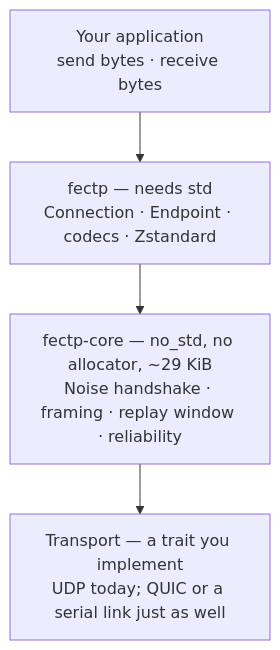
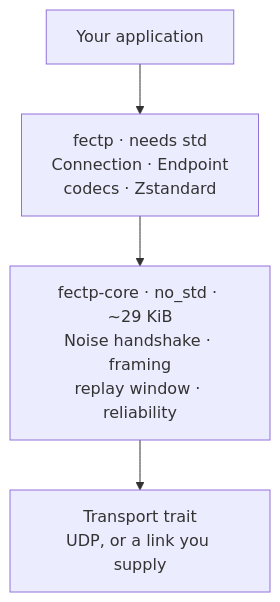
The second of 5 diagrams in README.md (YounghyeonPark/fectp), drawn with Mermaid before and after one commit. The commit also changed other lines of this file, not shown here.

First line of the commit message:
README: narrow the diagrams so they fit GitHub's column

````diff
--- a/README.md
+++ b/README.md
@@ -79,8 +77,8 @@
 ```mermaid
 flowchart TB
-    A["Your application<br/>send bytes · receive bytes"]
-    B["fectp — needs std<br/>Connection · Endpoint · codecs · Zstandard"]
-    C["fectp-core — no_std, no allocator, ~29 KiB<br/>Noise handshake · framing · replay window · reliability"]
-    D["Transport — a trait you implement<br/>UDP today; QUIC or a serial link just as well"]
+    A["Your application"]
+    B["fectp · needs std<br/>Connection · Endpoint<br/>codecs · Zstandard"]
+    C["fectp-core · no_std · ~29 KiB<br/>Noise handshake · framing<br/>replay window · reliability"]
+    D["Transport trait<br/>UDP, or a link you supply"]
     A --> B --> C --> D
 ```
````
